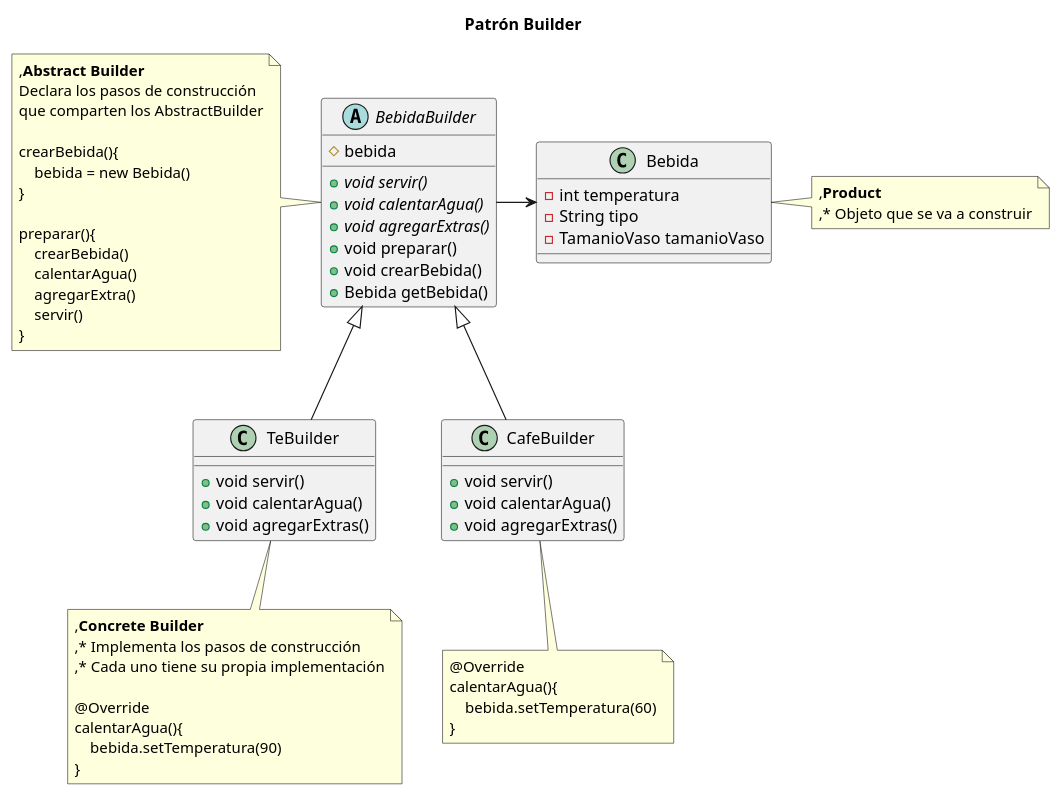
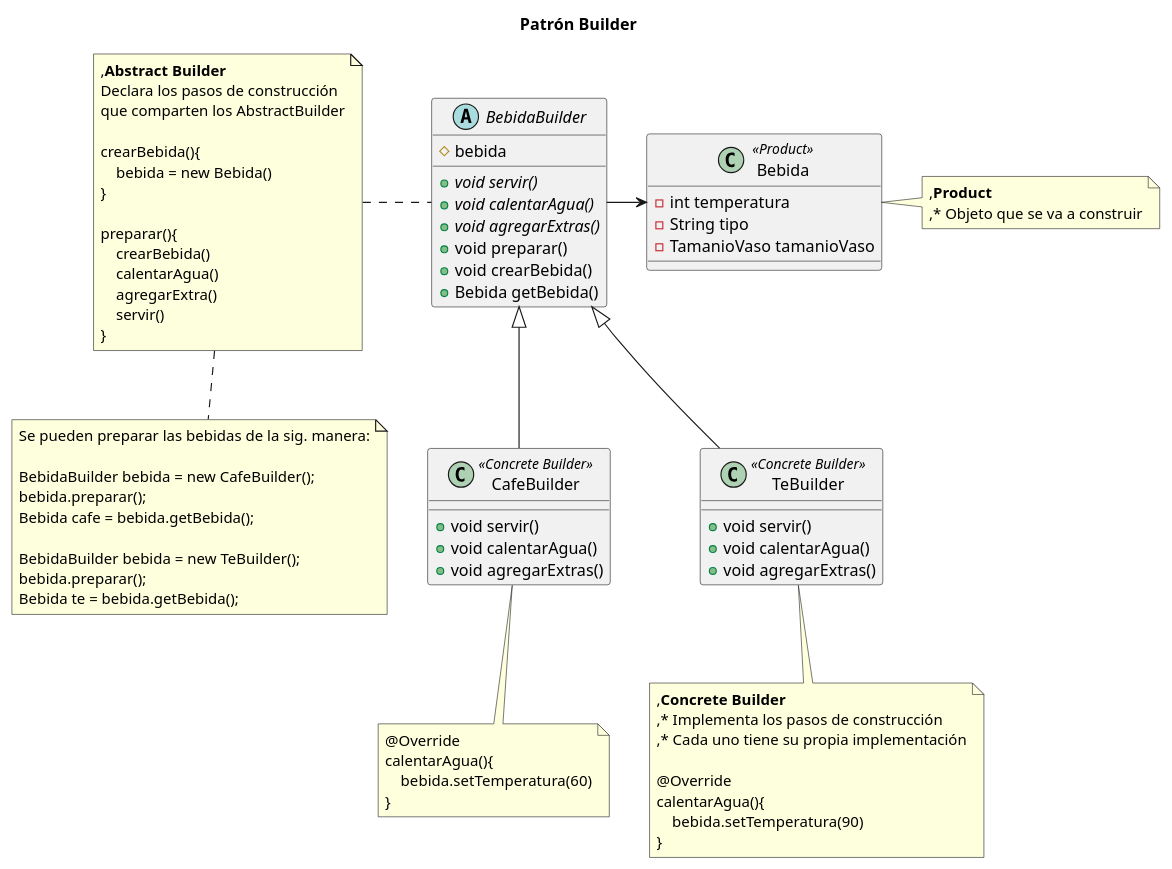
Before and after one commit to manu-utn/bitacora-diseno-de-sistemas: the fifth of 40 diagrams in practica/patrones-de-diseño/README.org, drawn with PlantUML. The commit also changed other lines of this file, not shown here.

```diff
--- a/practica/patrones-de-diseño/README.org
+++ b/practica/patrones-de-diseño/README.org
@@ -135,19 +513,19 @@
        +Bebida getBebida()
    }
 
-   class CafeBuilder{
+   class CafeBuilder <<Concrete Builder>>{
        +void servir()
        +void calentarAgua()
        +void agregarExtras()
    }
 
-   class TeBuilder{
+   class TeBuilder  <<Concrete Builder>>{
        +void servir()
        +void calentarAgua()
        +void agregarExtras()
    }
 
-   class Bebida{
+   class Bebida <<Product>>{
        -int temperatura
        -String tipo
        -TamanioVaso tamanioVaso
@@ -212,5 +590,17 @@
    N3 .u. TeBuilder
    N4 .l. Bebida
 
+   note bottom of N1
+   Se pueden preparar las bebidas de la sig. manera:
+
+   BebidaBuilder bebida = new CafeBuilder();
+   bebida.preparar();
+   Bebida cafe = bebida.getBebida();
+
+   BebidaBuilder bebida = new TeBuilder();
+   bebida.preparar();
+   Bebida te = bebida.getBebida();
+   end note
+
    @enduml
  #+END_SRC
```
